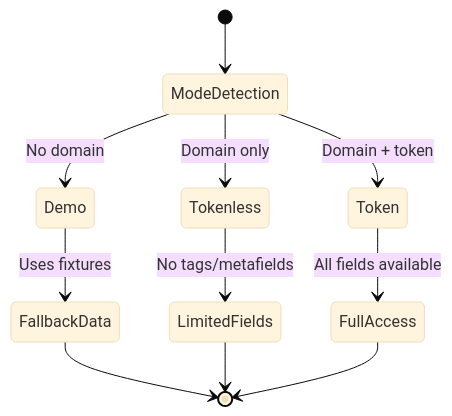
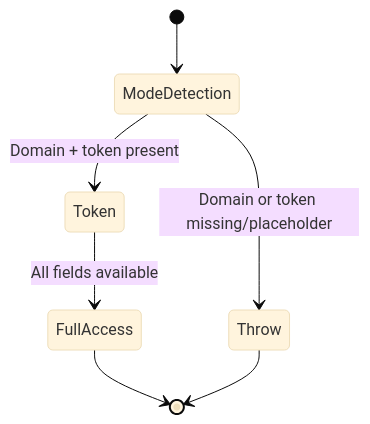
Before and after one commit to JasdeepN/house-of-mornii-shop: the first of 2 diagrams in docs/03-shopify-integration.md, drawn with Mermaid (base theme). The commit also changed other lines of this file and 96 other files, not shown here.

````diff
--- a/docs/03-shopify-integration.md
+++ b/docs/03-shopify-integration.md
@@ -9,15 +9,10 @@
 ```mermaid
 stateDiagram-v2
     [*] --> ModeDetection
-    ModeDetection --> Demo: No domain
-    ModeDetection --> Tokenless: Domain only
-    ModeDetection --> Token: Domain + token
-    
-    Demo --> FallbackData: Uses fixtures
-    Tokenless --> LimitedFields: No tags/metafields
+    ModeDetection --> Token: Domain + token present
+    ModeDetection --> Throw: Domain or token missing/placeholder
+
     Token --> FullAccess: All fields available
-    
-    FallbackData --> [*]
-    LimitedFields --> [*]
     FullAccess --> [*]
+    Throw --> [*]
 ```
````
